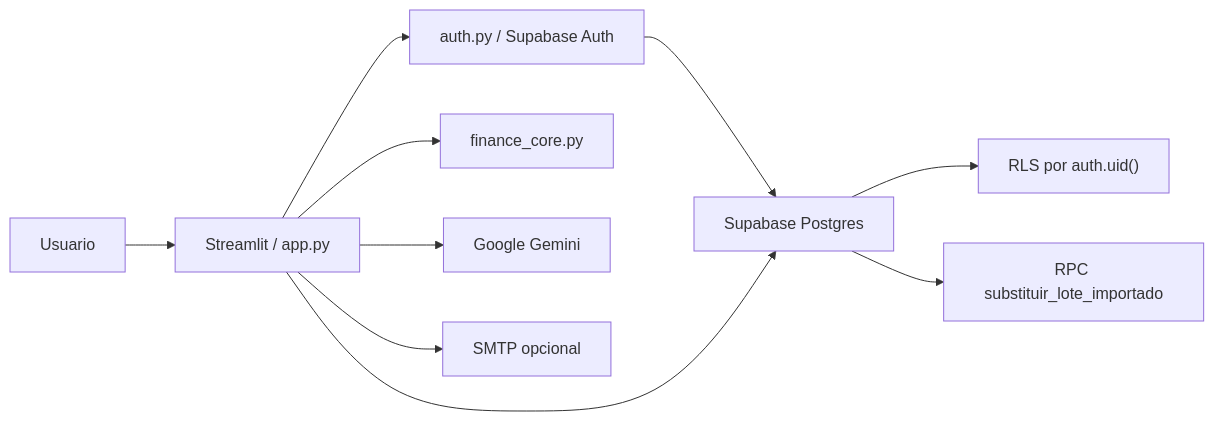
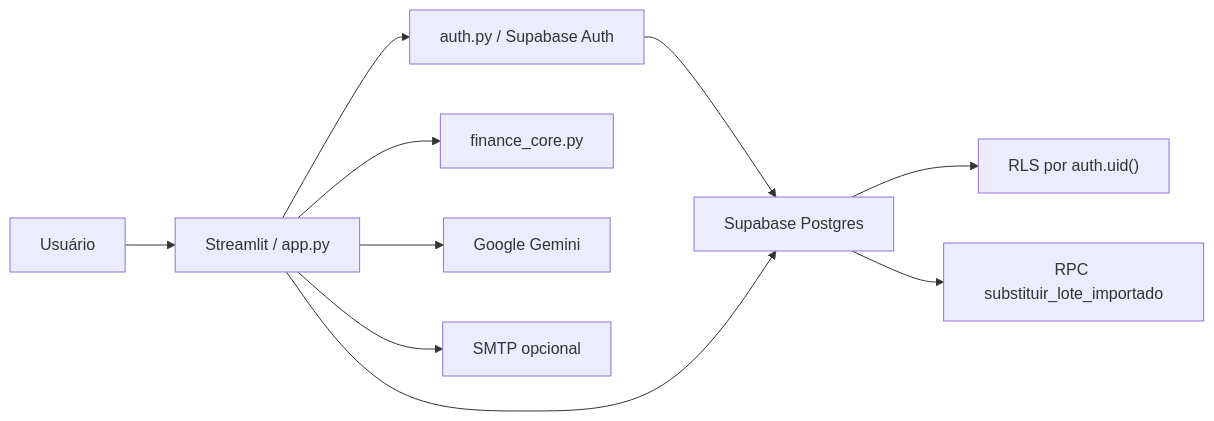
One commit to pedroaccorsi18-crypto/financas-pro-ia-public changed the diagram in README.md. Above: the diagram before and after it, drawn with Mermaid. The commit also changed other lines of this file, not shown here.

````diff
--- a/README.md
+++ b/README.md
@@ -49,12 +67,12 @@
 ```mermaid
 flowchart LR
-    U["Usuario"] --> UI["Streamlit / app.py"]
+    U["Usuário"] --> UI["Streamlit / app.py"]
     UI --> AUTH["auth.py / Supabase Auth"]
     UI --> CORE["finance_core.py"]
     UI --> AI["Google Gemini"]
     UI --> SMTP["SMTP opcional"]
     AUTH --> DB["Supabase Postgres"]
     UI --> DB
     DB --> RLS["RLS por auth.uid()"]
     DB --> RPC["RPC substituir_lote_importado"]
 ```
````
